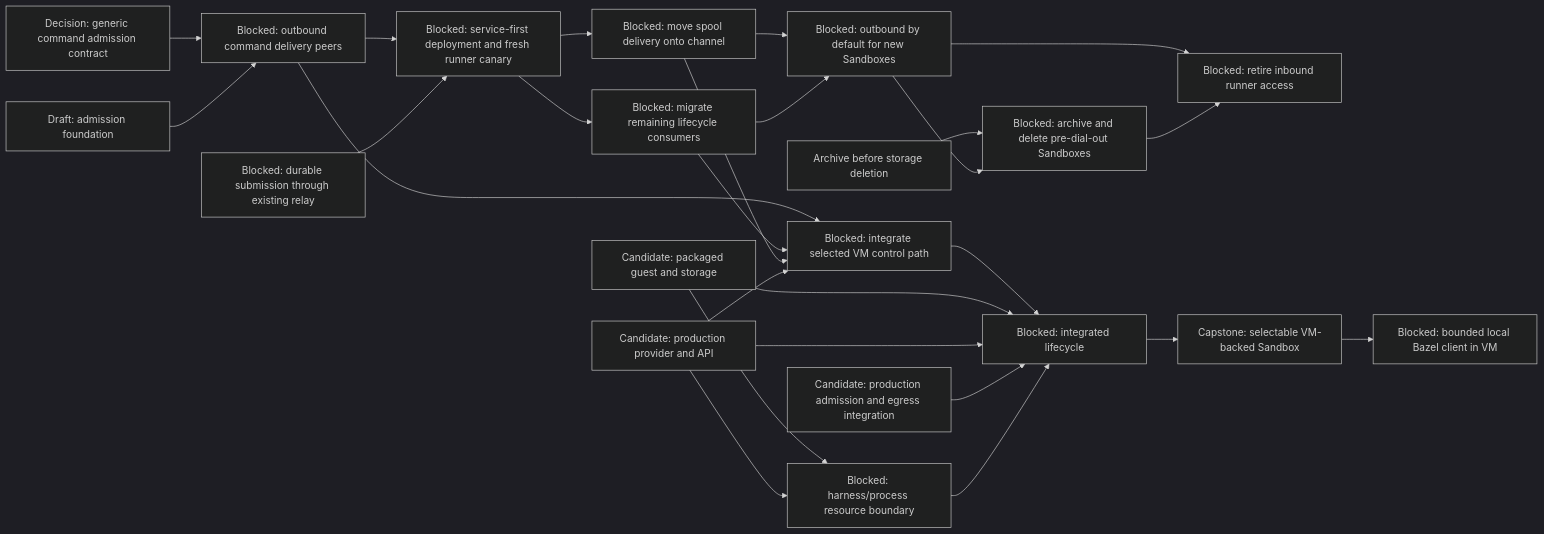
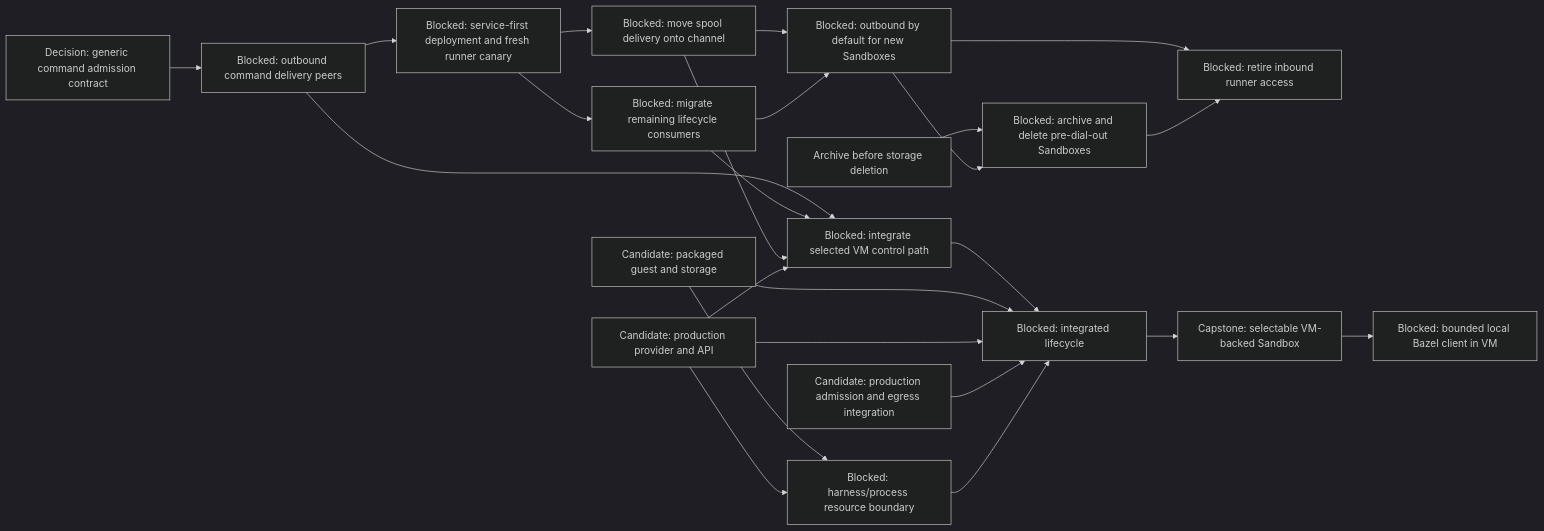
Before and after one commit to agentydragon-agent/ducktape: the sixth of 9 diagrams in agentplane/plans/task_dag.md, drawn with Mermaid (dark theme). The commit also changed other lines of this file and 43 other files, not shown here.

First line of the commit message:
agentplane: durable command admission store on sandbox_commands (#9741)

````diff
--- a/agentplane/plans/task_dag.md
+++ b/agentplane/plans/task_dag.md
@@ -423,40 +389,37 @@
 ```mermaid
 flowchart LR
     RUNNER_OUTBOUND_CHANNEL[Blocked: outbound command delivery peers]
     RUNNER_OUTBOUND_CANARY[Blocked: service-first deployment and fresh runner canary]
-    SESSION_COMMAND_SUBMISSION[Blocked: durable submission through existing relay]
     RUNNER_OUTBOUND_SPOOL[Blocked: move spool delivery onto channel]
     RUNNER_OUTBOUND_LIFECYCLE[Blocked: migrate remaining lifecycle consumers]
     RUNNER_OUTBOUND_ROLLOUT[Blocked: outbound by default for new Sandboxes]
     VM_CONTROL_NETWORKING[Blocked: integrate selected VM control path]
     VM_IMAGE[Candidate: packaged guest and storage]
     VM_PROVIDER[Candidate: production provider and API]
     VM_EGRESS[Candidate: production admission and egress integration]
     VM_PROCESS_ISOLATION[Blocked: harness/process resource boundary]
     VM_LIFECYCLE[Blocked: integrated lifecycle]
     SESSION_COMMAND_CONTRACT[Decision: generic command admission contract] --> RUNNER_OUTBOUND_CHANNEL
-    SESSION_COMMAND_CORE[Draft: admission foundation] --> RUNNER_OUTBOUND_CHANNEL
     RUNNER_OUTBOUND_CHANNEL --> VM_CONTROL_NETWORKING
     RUNNER_OUTBOUND_LIFECYCLE --> VM_CONTROL_NETWORKING
     RUNNER_OUTBOUND_SPOOL --> VM_CONTROL_NETWORKING
     RUNNER_OUTBOUND_CHANNEL --> RUNNER_OUTBOUND_CANARY
-    SESSION_COMMAND_SUBMISSION --> RUNNER_OUTBOUND_CANARY
     RUNNER_OUTBOUND_CANARY --> RUNNER_OUTBOUND_SPOOL
     RUNNER_OUTBOUND_CANARY --> RUNNER_OUTBOUND_LIFECYCLE
     RUNNER_OUTBOUND_SPOOL --> RUNNER_OUTBOUND_ROLLOUT
     RUNNER_OUTBOUND_LIFECYCLE --> RUNNER_OUTBOUND_ROLLOUT
     RUNNER_OUTBOUND_ROLLOUT --> RUNNER_INBOUND_RETIRE[Blocked: retire inbound runner access]
     SANDBOX_LIFECYCLE_DURABILITY[Archive before storage deletion] --> LEGACY_SANDBOX_RETIRE[Blocked: archive and delete pre-dial-out Sandboxes]
     RUNNER_OUTBOUND_ROLLOUT --> LEGACY_SANDBOX_RETIRE
     LEGACY_SANDBOX_RETIRE --> RUNNER_INBOUND_RETIRE
     VM_PROVIDER --> VM_CONTROL_NETWORKING
     VM_CONTROL_NETWORKING --> VM_LIFECYCLE
     VM_IMAGE --> VM_PROCESS_ISOLATION
     VM_PROVIDER --> VM_PROCESS_ISOLATION
     VM_IMAGE --> VM_LIFECYCLE
     VM_PROVIDER --> VM_LIFECYCLE
     VM_EGRESS --> VM_LIFECYCLE
     VM_PROCESS_ISOLATION --> VM_LIFECYCLE
     VM_LIFECYCLE --> SANDBOX_VM_ISOLATION[Capstone: selectable VM-backed Sandbox]
     SANDBOX_VM_ISOLATION --> LOCAL_BAZEL[Blocked: bounded local Bazel client in VM]
 ```
````
